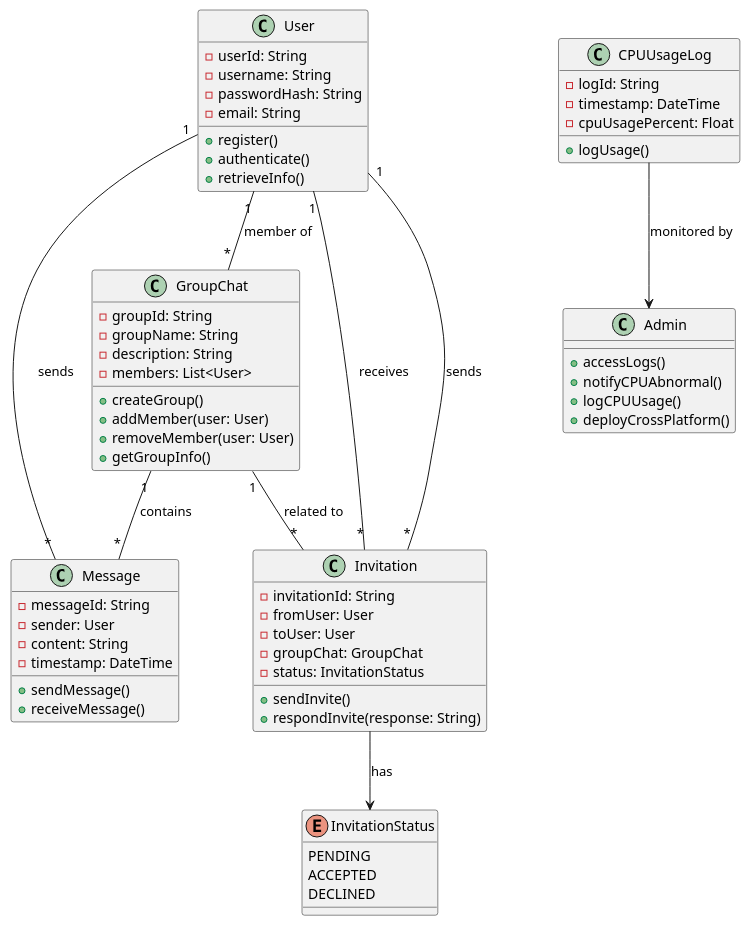
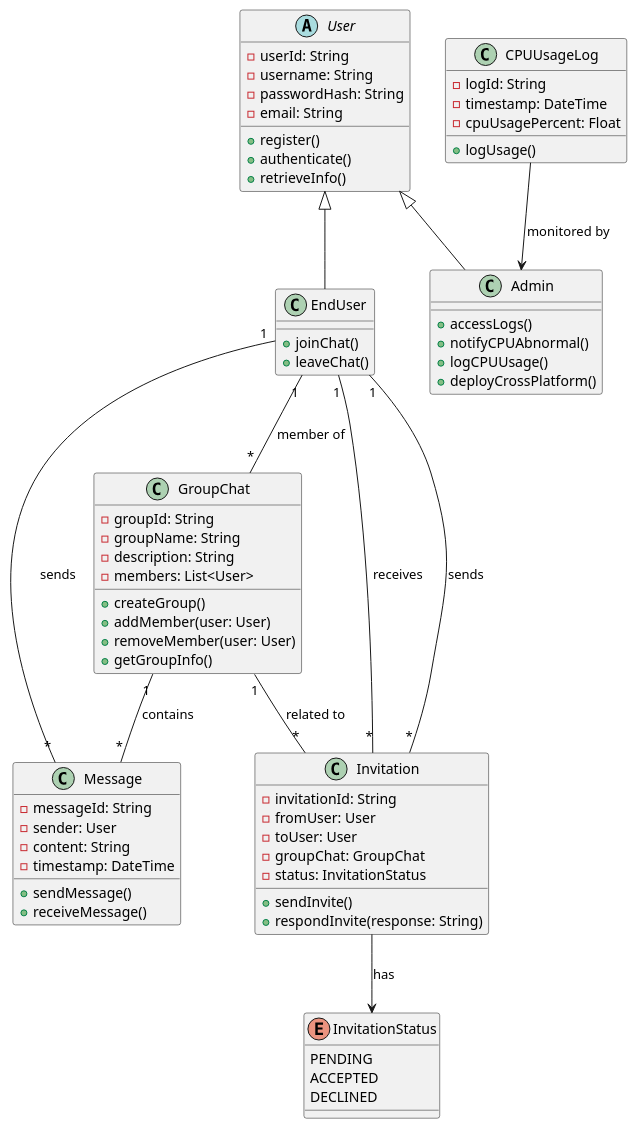
Before and after one commit to Enric0-Balb0/ruggine-chat: the third of 5 diagrams in doc/requirements.md, drawn with PlantUML. The commit also changed 20 other files, not shown here.

First line of the commit message:
Refactor database schema and update user model to support PostgreSQL

````diff
--- a/doc/requirements.md
+++ b/doc/requirements.md
@@ -560,73 +560,82 @@
 ```plantuml
 @startuml
 enum InvitationStatus {
   PENDING
   ACCEPTED
   DECLINED
 }
 
-class User {
+abstract class User {
   - userId: String
   - username: String
   - passwordHash: String
   - email: String
   + register()
   + authenticate()
   + retrieveInfo()
+}
+
+class EndUser {
+  + joinChat()
+  + leaveChat()
+}
+
+class Admin {
+  + accessLogs()
+  + notifyCPUAbnormal()
+  + logCPUUsage()
+  + deployCrossPlatform()
 }
 
 class GroupChat {
   - groupId: String
   - groupName: String
   - description: String
   - members: List<User>
   + createGroup()
   + addMember(user: User)
   + removeMember(user: User)
   + getGroupInfo()
 }
 
 class Message {
   - messageId: String
   - sender: User
   - content: String
   - timestamp: DateTime
   + sendMessage()
   + receiveMessage()
 }
 
 class Invitation {
   - invitationId: String
   - fromUser: User
   - toUser: User
   - groupChat: GroupChat
   - status: InvitationStatus
   + sendInvite()
   + respondInvite(response: String)
 }
 
 class CPUUsageLog {
   - logId: String
   - timestamp: DateTime
   - cpuUsagePercent: Float
   + logUsage()
 }
 
-User "1" -- "*" GroupChat : "member of"
+User <|-- EndUser
+User <|-- Admin
+
+EndUser "1" -- "*" GroupChat : "member of"
 GroupChat "1" -- "*" Message : "contains"
-User "1" -- "*" Message : "sends"
-User "1" -- "*" Invitation : "sends"
-User "1" -- "*" Invitation : "receives"
+EndUser "1" -- "*" Message : "sends"
+EndUser "1" -- "*" Invitation : "sends"
+EndUser "1" -- "*" Invitation : "receives"
 GroupChat "1" -- "*" Invitation : "related to"
 Invitation --> InvitationStatus : "has"
 CPUUsageLog --> Admin : "monitored by"
 
-class Admin {
-  + accessLogs()
-  + notifyCPUAbnormal()
-  + logCPUUsage()
-  + deployCrossPlatform()
-}
+@enduml
 
-@enduml
 ```
````
